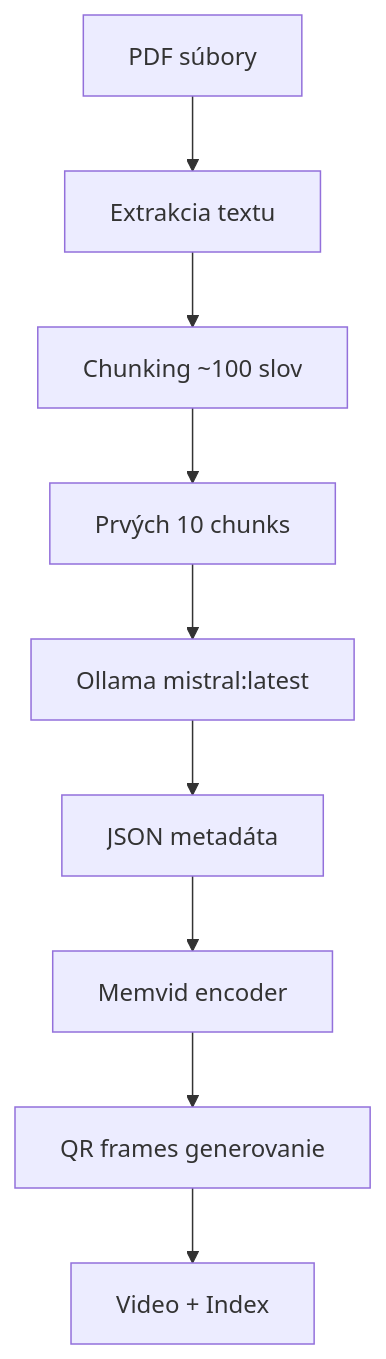
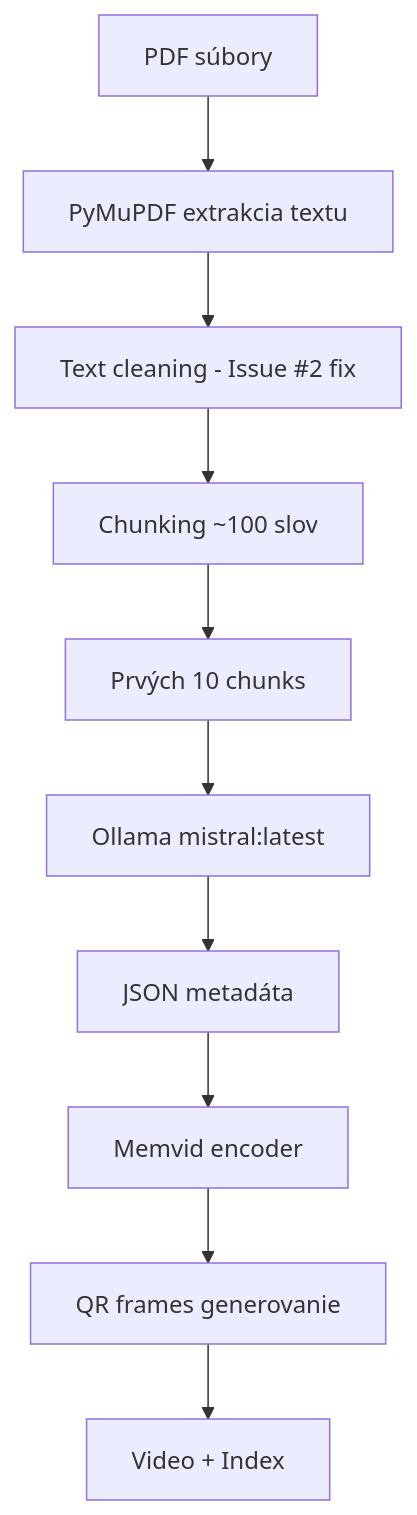
The diagram in README.md (entira/elibrary), drawn with Mermaid before and after one commit. The commit also changed other lines of this file and 3 other files, not shown here.

First line of the commit message:
🔧 Fix Issue #2: Replace PyPDF2 with PyMuPDF for better text extraction

````diff
--- a/README.md
+++ b/README.md
@@ -68,11 +70,12 @@
 ```mermaid
 graph TD
-    A[PDF súbory] --> B[Extrakcia textu]
-    B --> C[Chunking ~100 slov]
-    C --> D[Prvých 10 chunks]
-    D --> E[Ollama mistral:latest]
-    E --> F[JSON metadáta]
-    F --> G[Memvid encoder]
-    G --> H[QR frames generovanie]
-    H --> I[Video + Index]
+    A[PDF súbory] --> B[PyMuPDF extrakcia textu]
+    B --> C[Text cleaning - Issue #2 fix]
+    C --> D[Chunking ~100 slov]
+    D --> E[Prvých 10 chunks]
+    E --> F[Ollama mistral:latest]
+    F --> G[JSON metadáta]
+    G --> H[Memvid encoder]
+    H --> I[QR frames generovanie]
+    I --> J[Video + Index]
 ```
````
